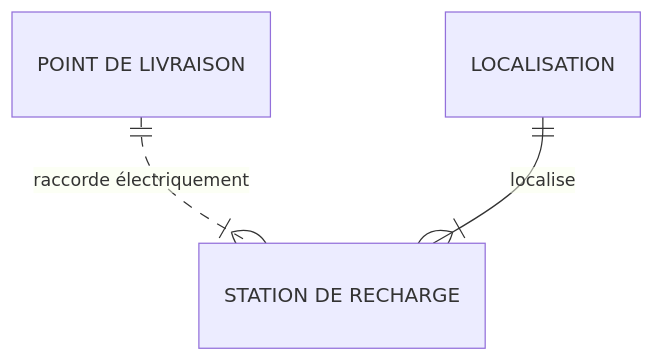
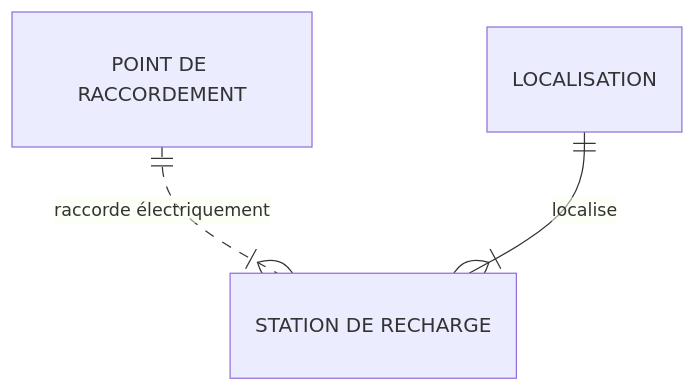
Before and after one commit to MTES-MCT/qualicharge: the second of 16 diagrams in docs/modele.md, drawn with Mermaid. The commit also changed other lines of this file, not shown here.

````diff
--- a/docs/modele.md
+++ b/docs/modele.md
@@ -79,5 +79,5 @@
 ```mermaid
 erDiagram
-    "POINT DE LIVRAISON" ||..|{ "STATION DE RECHARGE" : "raccorde électriquement"
+    "POINT DE RACCORDEMENT" ||..|{ "STATION DE RECHARGE" : "raccorde électriquement"
     LOCALISATION ||--|{ "STATION DE RECHARGE": "localise"
 ```
````
